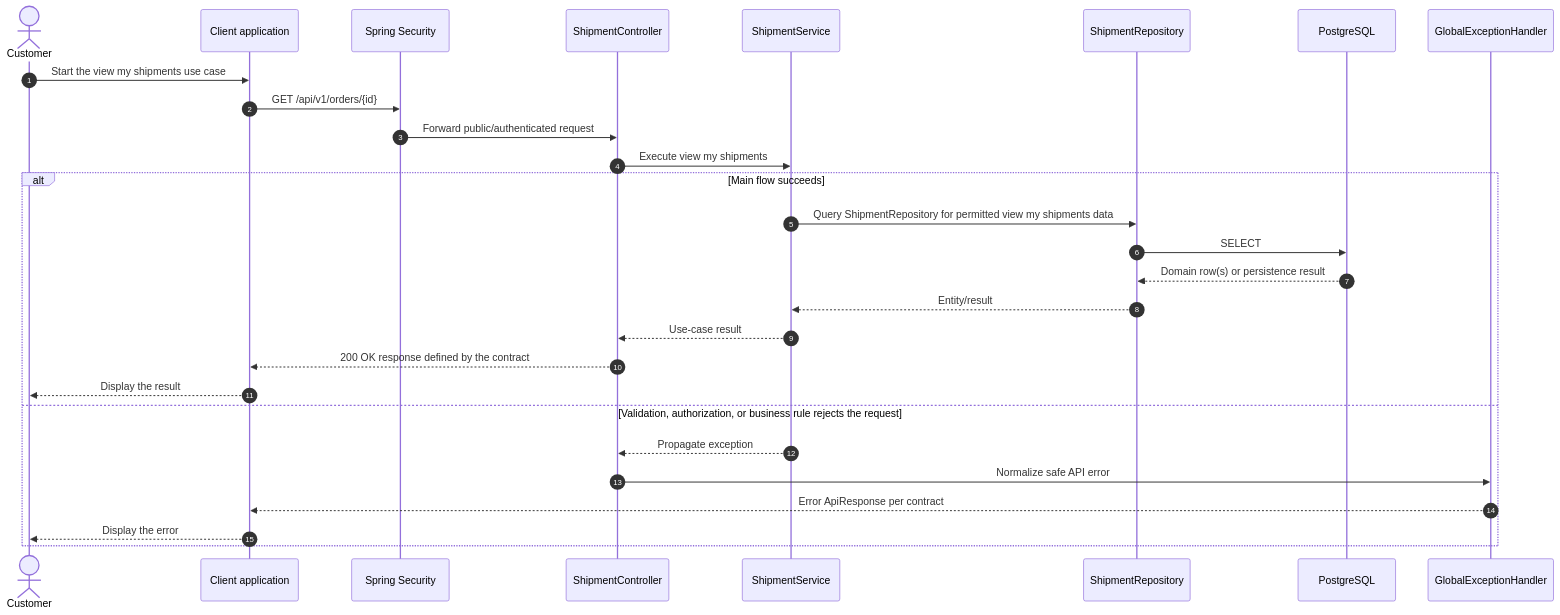
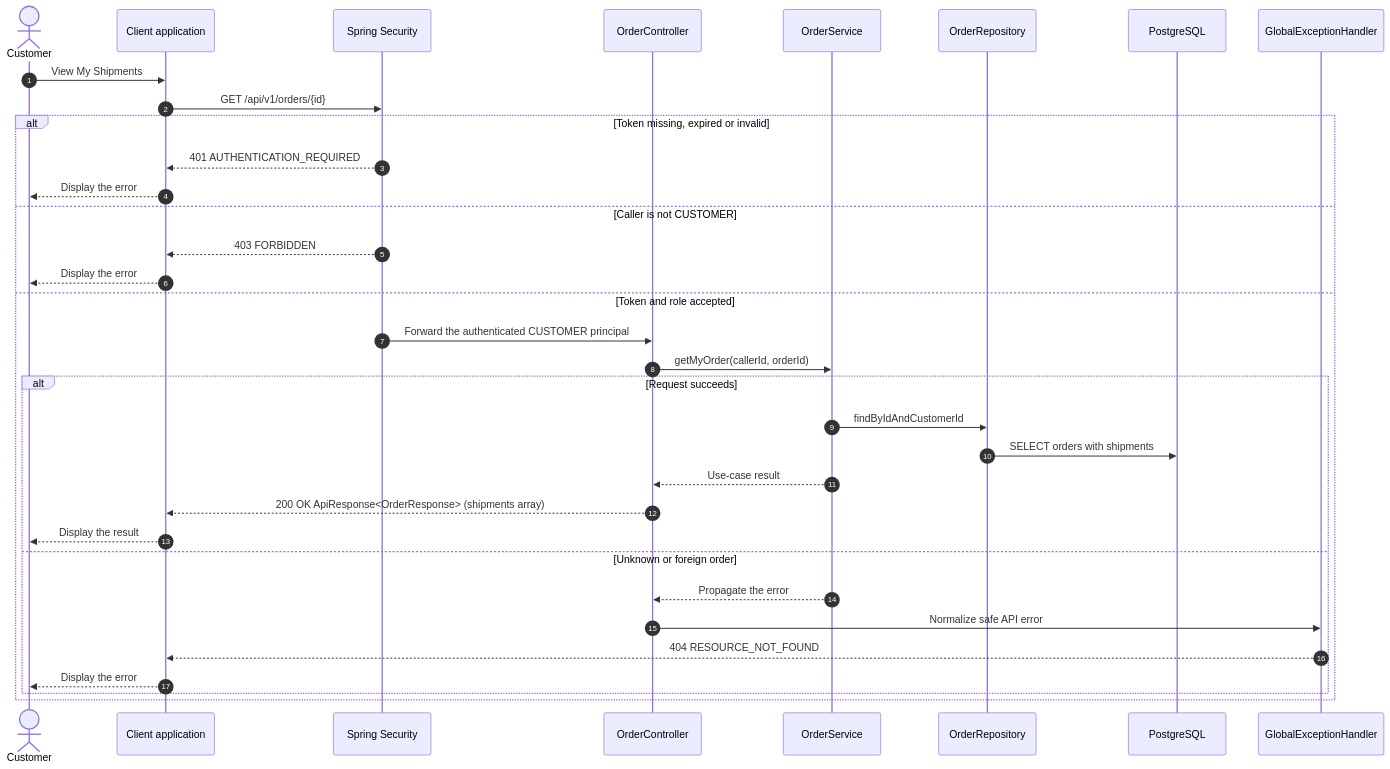
The diagram in sequence-diagram/customer/view-my-shipments.md (e-commercial-marketplace/commerce-platform-docs), drawn with Mermaid before and after one commit. The commit also changed other lines of this file and 232 other files, not shown here.

Commit message:
docs(usecase): align use cases, specs, activity and sequence diagrams with the backend

````diff
--- a/sequence-diagram/customer/view-my-shipments.md
+++ b/sequence-diagram/customer/view-my-shipments.md
@@ -9,30 +7,36 @@
 ```mermaid
 sequenceDiagram
     autonumber
     actor Customer
     participant Client as Client application
     participant Security as Spring Security
-    participant Controller as ShipmentController
-    participant Service as ShipmentService
-    participant Repo as ShipmentRepository
+    participant Controller as OrderController
+    participant Service as OrderService
+    participant Repo as OrderRepository
     participant DB as PostgreSQL
     participant Handler as GlobalExceptionHandler
-    Customer->>Client: Start the view my shipments use case
+    Customer->>Client: View My Shipments
     Client->>Security: GET /api/v1/orders/{id}
-    Security->>Controller: Forward public/authenticated request
-    Controller->>Service: Execute view my shipments
-    alt Main flow succeeds
-        Service->>Repo: Query ShipmentRepository for permitted view my shipments data
-        Repo->>DB: SELECT
-        DB-->>Repo: Domain row(s) or persistence result
-        Repo-->>Service: Entity/result
-        Service-->>Controller: Use-case result
-        Controller-->>Client: 200 OK response defined by the contract
-        Client-->>Customer: Display the result
-    else Validation, authorization, or business rule rejects the request
-        Service-->>Controller: Propagate exception
-        Controller->>Handler: Normalize safe API error
-        Handler-->>Client: Error ApiResponse per contract
+    alt Token missing, expired or invalid
+        Security-->>Client: 401 AUTHENTICATION_REQUIRED
         Client-->>Customer: Display the error
+    else Caller is not CUSTOMER
+        Security-->>Client: 403 FORBIDDEN
+        Client-->>Customer: Display the error
+    else Token and role accepted
+        Security->>Controller: Forward the authenticated CUSTOMER principal
+        Controller->>Service: getMyOrder(callerId, orderId)
+        alt Request succeeds
+            Service->>Repo: findByIdAndCustomerId
+            Repo->>DB: SELECT orders with shipments
+            Service-->>Controller: Use-case result
+            Controller-->>Client: 200 OK ApiResponse<OrderResponse> (shipments array)
+            Client-->>Customer: Display the result
+        else Unknown or foreign order
+            Service-->>Controller: Propagate the error
+            Controller->>Handler: Normalize safe API error
+            Handler-->>Client: 404 RESOURCE_NOT_FOUND
+            Client-->>Customer: Display the error
+        end
     end
 ```
````
